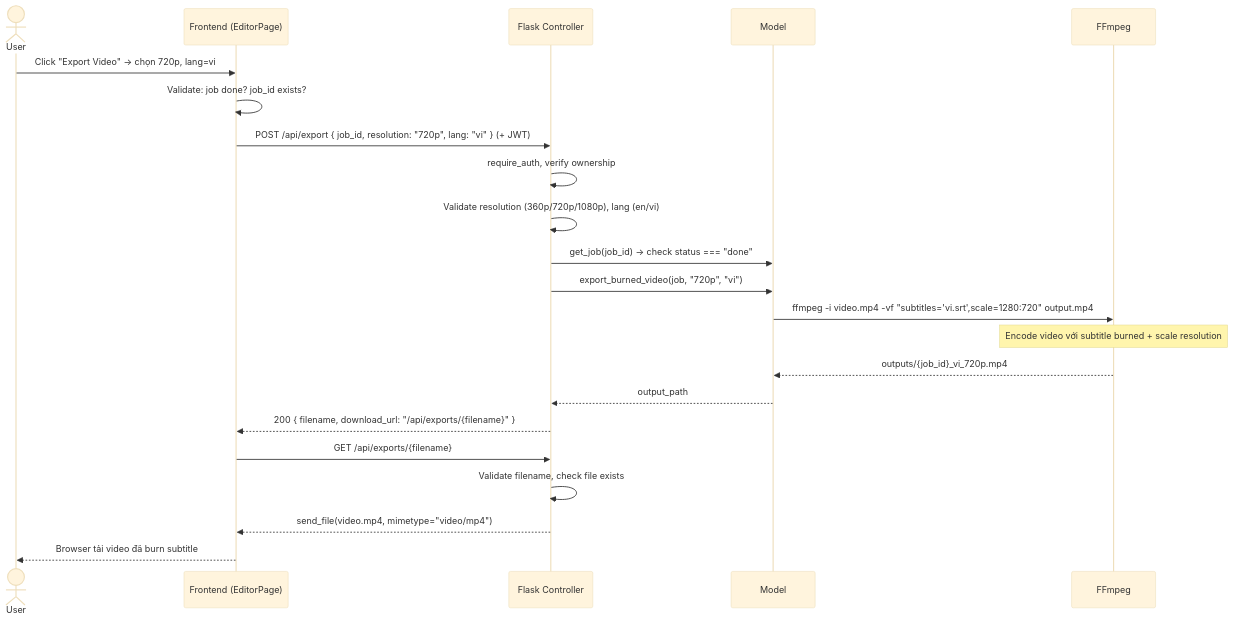
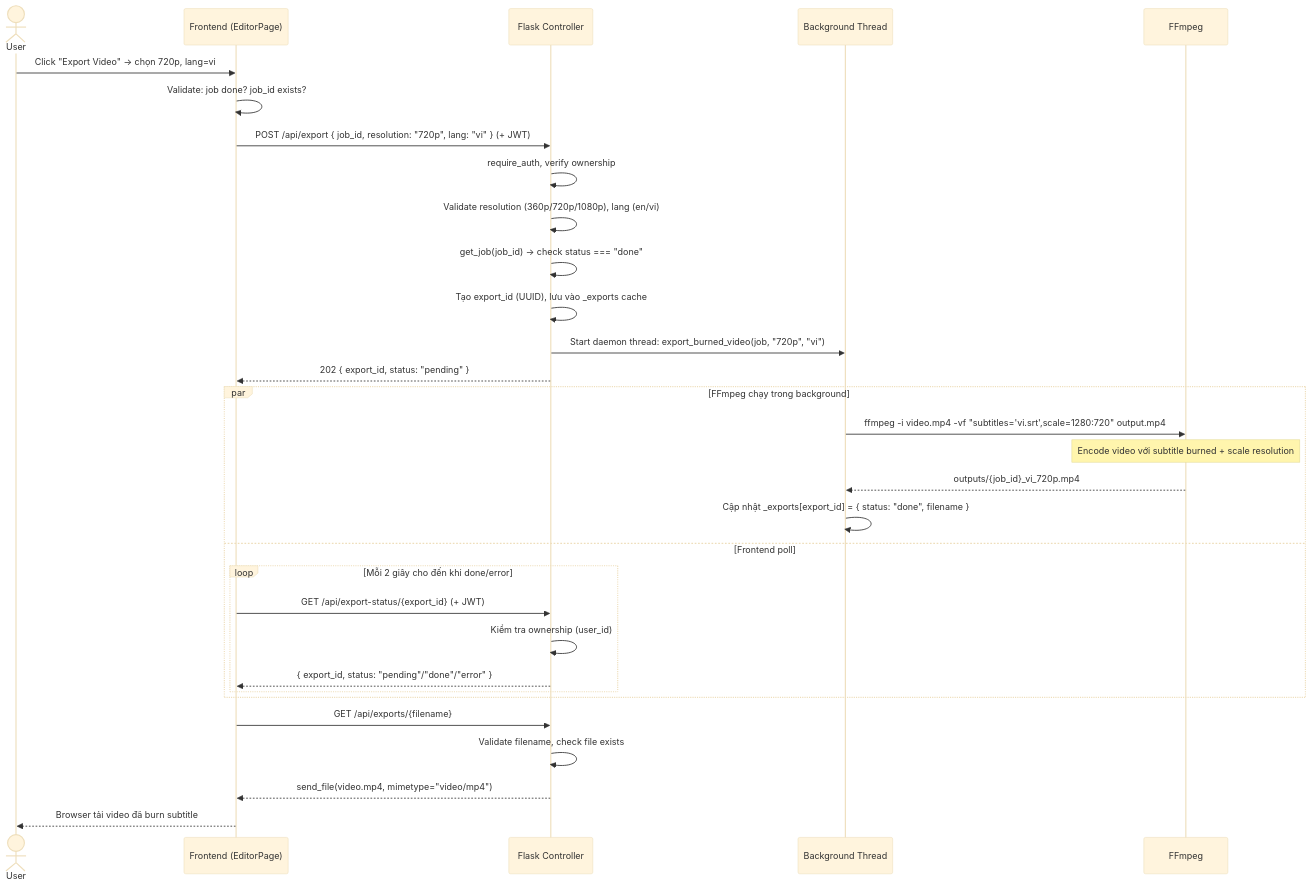
Before and after one commit to SonDinh1129/subtitle-project: diagram 13 of 22 in docs/system-flows.md, drawn with Mermaid (base theme). The commit also changed other lines of this file and 3 other files, not shown here.

````diff
--- a/docs/system-flows.md
+++ b/docs/system-flows.md
@@ -425,29 +432,37 @@
 ```mermaid
 sequenceDiagram
     actor User
     participant FE as Frontend (EditorPage)
     participant Flask as Flask Controller
-    participant Model as Model
+    participant Thread as Background Thread
     participant FFmpeg as FFmpeg
 
     User->>FE: Click "Export Video" → chọn 720p, lang=vi
     FE->>FE: Validate: job done? job_id exists?
     FE->>Flask: POST /api/export { job_id, resolution: "720p", lang: "vi" } (+ JWT)
 
     Flask->>Flask: require_auth, verify ownership
     Flask->>Flask: Validate resolution (360p/720p/1080p), lang (en/vi)
-    Flask->>Model: get_job(job_id) → check status === "done"
-    Flask->>Model: export_burned_video(job, "720p", "vi")
+    Flask->>Flask: get_job(job_id) → check status === "done"
+    Flask->>Flask: Tạo export_id (UUID), lưu vào _exports cache
+    Flask->>Thread: Start daemon thread: export_burned_video(job, "720p", "vi")
+    Flask-->>FE: 202 { export_id, status: "pending" }
 
-    Model->>FFmpeg: ffmpeg -i video.mp4 -vf "subtitles='vi.srt',scale=1280:720" output.mp4
-    Note over FFmpeg: Encode video với subtitle burned + scale resolution
-    FFmpeg-->>Model: outputs/{job_id}_vi_720p.mp4
-
-    Model-->>Flask: output_path
-    Flask-->>FE: 200 { filename, download_url: "/api/exports/{filename}" }
+    par FFmpeg chạy trong background
+        Thread->>FFmpeg: ffmpeg -i video.mp4 -vf "subtitles='vi.srt',scale=1280:720" output.mp4
+        Note over FFmpeg: Encode video với subtitle burned + scale resolution
+        FFmpeg-->>Thread: outputs/{job_id}_vi_720p.mp4
+        Thread->>Thread: Cập nhật _exports[export_id] = { status: "done", filename }
+    and Frontend poll
+        loop Mỗi 2 giây cho đến khi done/error
+            FE->>Flask: GET /api/export-status/{export_id} (+ JWT)
+            Flask->>Flask: Kiểm tra ownership (user_id)
+            Flask-->>FE: { export_id, status: "pending"/"done"/"error" }
+        end
+    end
 
     FE->>Flask: GET /api/exports/{filename}
     Flask->>Flask: Validate filename, check file exists
     Flask-->>FE: send_file(video.mp4, mimetype="video/mp4")
     FE-->>User: Browser tải video đã burn subtitle
 ```
````
